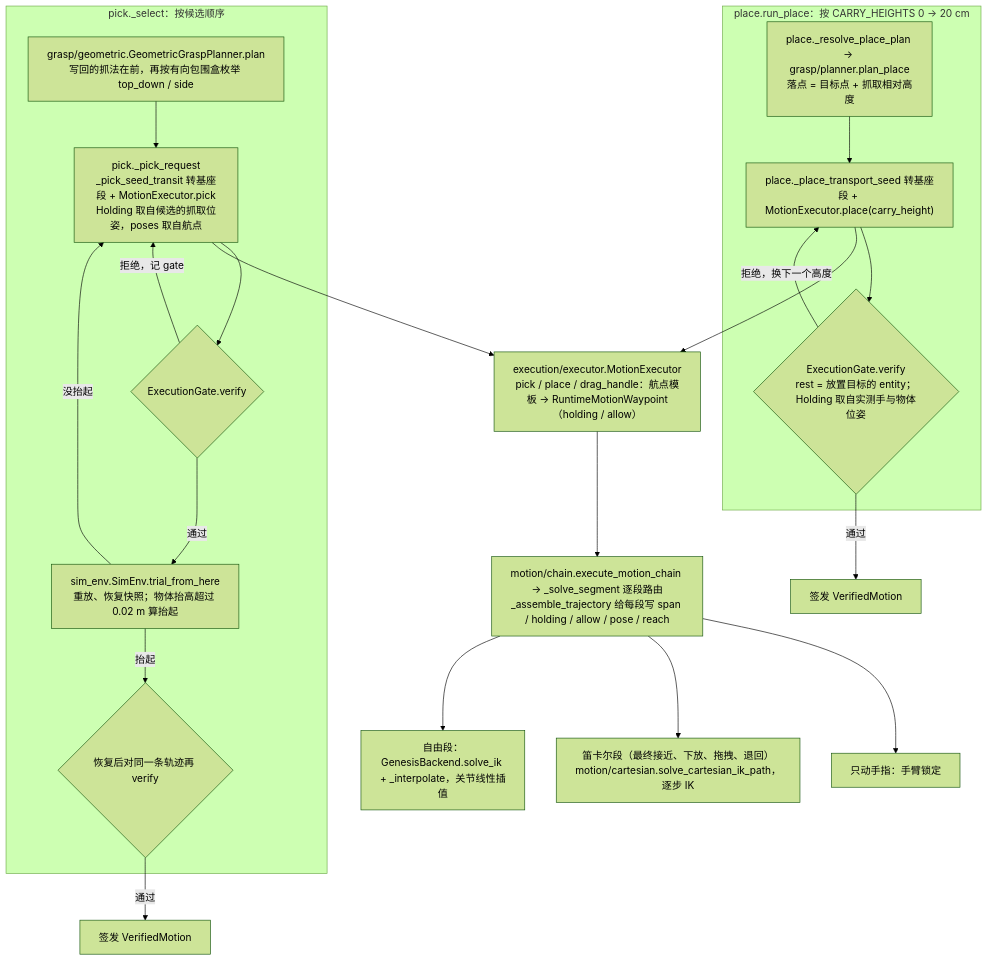
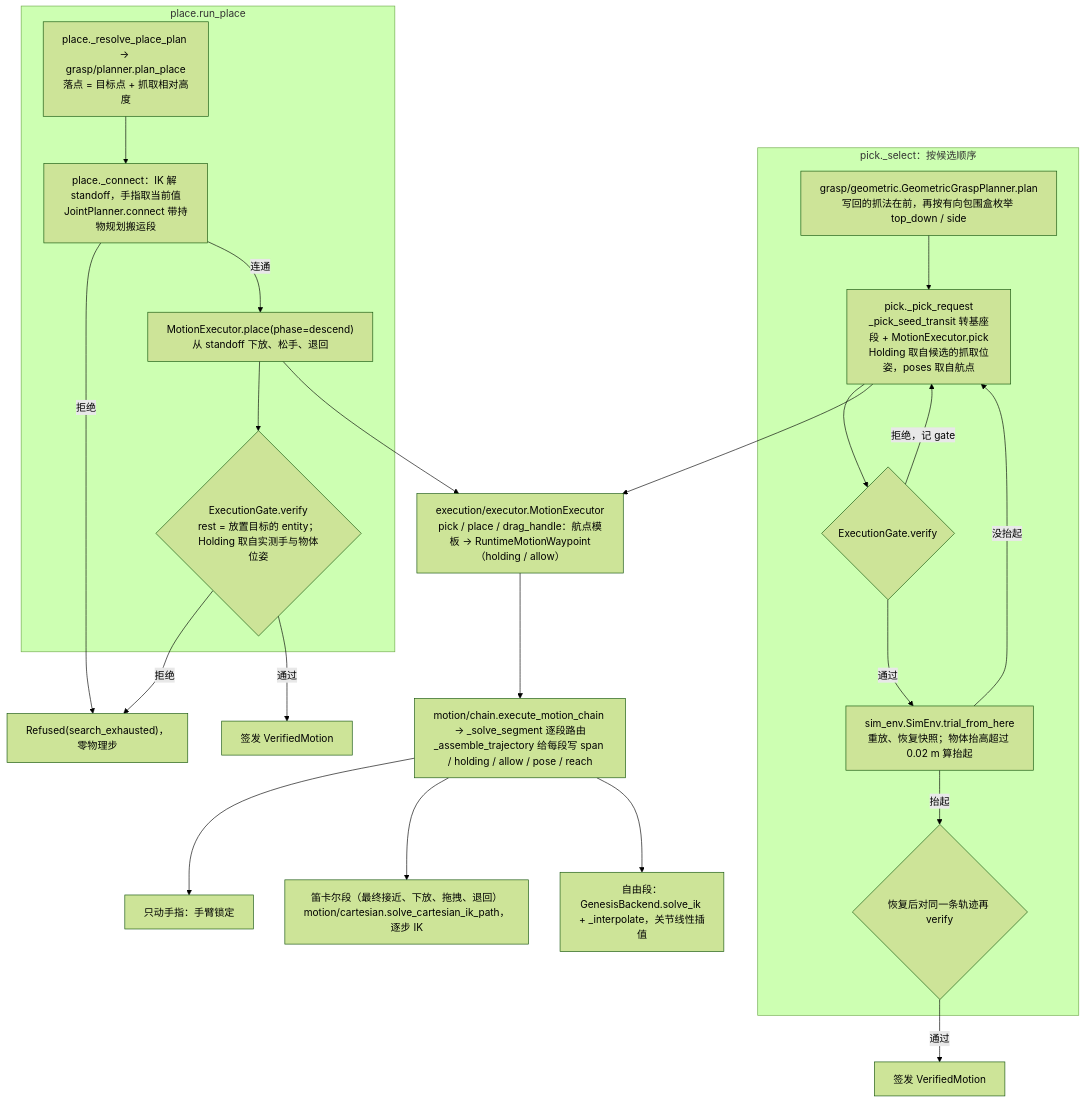
The second of 2 diagrams in docs/call-chain.md (ZJLi2013/RoboSmith), drawn with Mermaid (forest theme) before and after one commit. The commit also changed other lines of this file and 1 other file, not shown here.

Commit message:
docs: place's transport is a planned connection, and on the dev seeds F2 certifies 7 of 10 with the forearm meeting the barrier on release

````diff
--- a/docs/call-chain.md
+++ b/docs/call-chain.md
@@ -58,33 +58,36 @@
 ```mermaid
 flowchart TD
     subgraph PK["pick._select：按候选顺序"]
         GEO["grasp/geometric.GeometricGraspPlanner.plan<br/>写回的抓法在前，再按有向包围盒枚举 top_down / side"]
         PM["pick._pick_request<br/>_pick_seed_transit 转基座段 + MotionExecutor.pick<br/>Holding 取自候选的抓取位姿，poses 取自航点"]
         V1{"ExecutionGate.verify"}
         TR["sim_env.SimEnv.trial_from_here<br/>重放、恢复快照；物体抬高超过 0.02 m 算抬起"]
         V2{"恢复后对同一条轨迹再 verify"}
     end
 
-    subgraph PL["place.run_place：按 CARRY_HEIGHTS 0 → 20 cm"]
+    subgraph PL["place.run_place"]
         PP["place._resolve_place_plan → grasp/planner.plan_place<br/>落点 = 目标点 + 抓取相对高度"]
-        PX["place._place_transport_seed 转基座段 + MotionExecutor.place(carry_height)"]
+        PC["place._connect：IK 解 standoff，手指取当前值<br/>JointPlanner.connect 带持物规划搬运段"]
+        PX["MotionExecutor.place(phase=descend)<br/>从 standoff 下放、松手、退回"]
         V3{"ExecutionGate.verify<br/>rest = 放置目标的 entity；Holding 取自实测手与物体位姿"}
     end
 
     EXE["execution/executor.MotionExecutor<br/>pick / place / drag_handle：航点模板 → RuntimeMotionWaypoint（holding / allow）"]
     CH["motion/chain.execute_motion_chain → _solve_segment 逐段路由<br/>_assemble_trajectory 给每段写 span / holding / allow / pose / reach"]
     F["只动手指：手臂锁定"]
     C["笛卡尔段（最终接近、下放、拖拽、退回）<br/>motion/cartesian.solve_cartesian_ik_path，逐步 IK"]
     G["自由段：GenesisBackend.solve_ik + _interpolate，关节线性插值"]
 
     GEO --> PM --> V1
     V1 -- 拒绝，记 gate --> PM
     V1 -- 通过 --> TR
     TR -- 没抬起 --> PM
     TR -- 抬起 --> V2
     V2 -- 通过 --> OKP["签发 VerifiedMotion"]
-    PP --> PX --> V3
-    V3 -- 拒绝，换下一个高度 --> PX
+    PP --> PC
+    PC -- 拒绝 --> RF["Refused(search_exhausted)，零物理步"]
+    PC -- 连通 --> PX --> V3
+    V3 -- 拒绝 --> RF
     V3 -- 通过 --> OKL["签发 VerifiedMotion"]
     PM & PX --> EXE --> CH --> F & C & G
 ```
````
